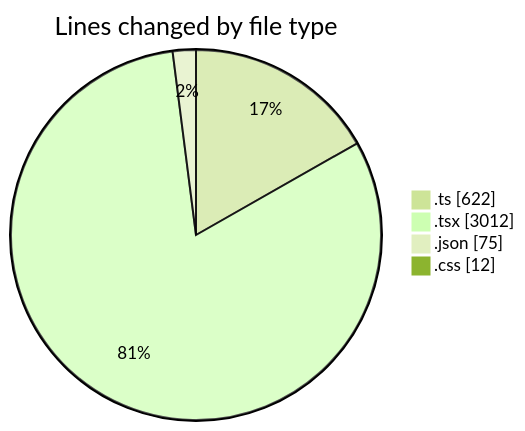
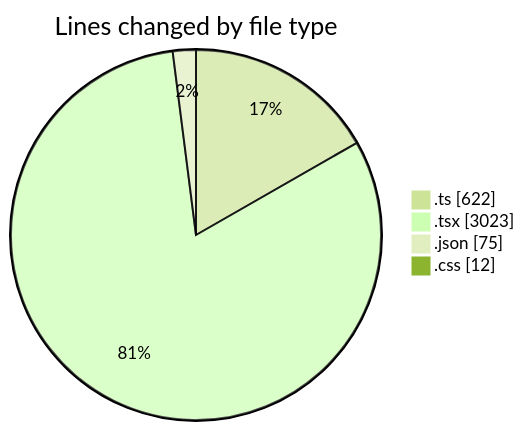
Before and after one commit to robertbonfada/code-tracking: the first of 2 diagrams in 2025-01-27/termonied-web/README.md, drawn with Mermaid (forest theme). The commit also changed other lines of this file and 1 other file, not shown here.

````diff
--- a/2025-01-27/termonied-web/README.md
+++ b/2025-01-27/termonied-web/README.md
@@ -33,8 +33,8 @@
 ```mermaid
 pie showData
 title Lines changed by file type
 ".ts" : 622
-".tsx" : 3012
+".tsx" : 3023
 ".json" : 75
 ".css" : 12
 ```
````
